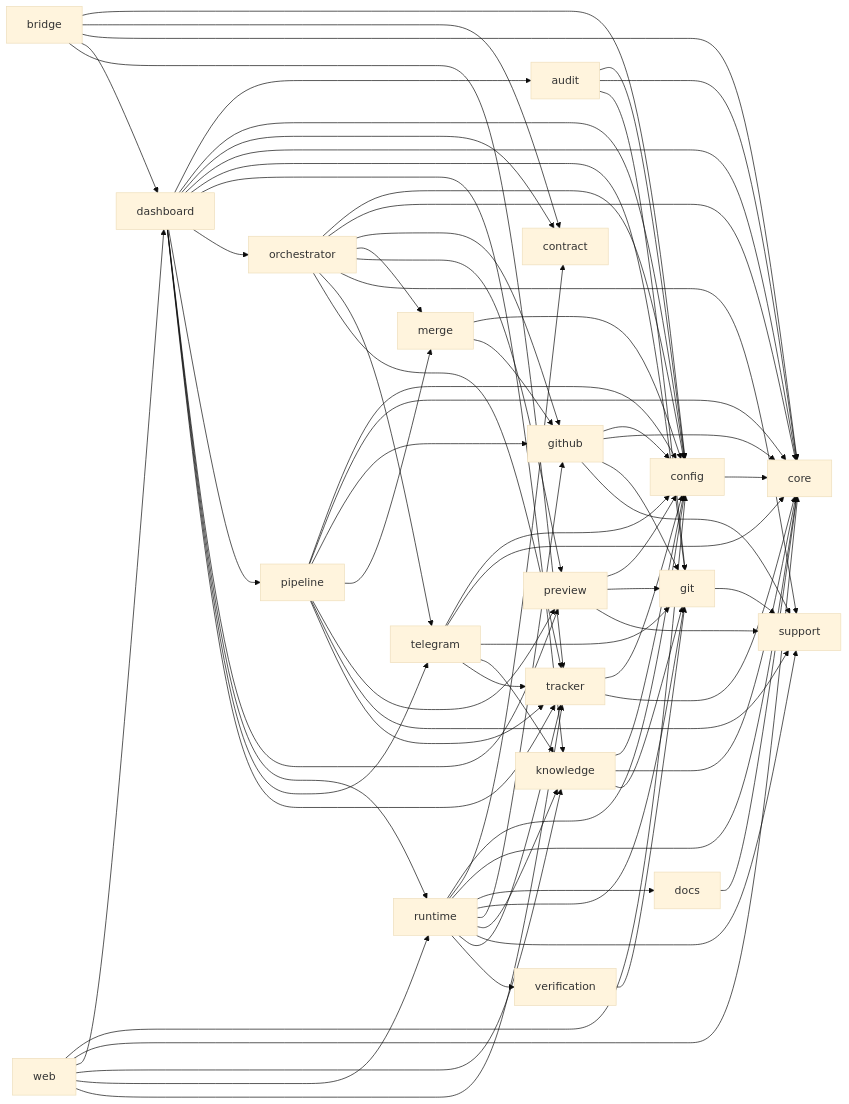
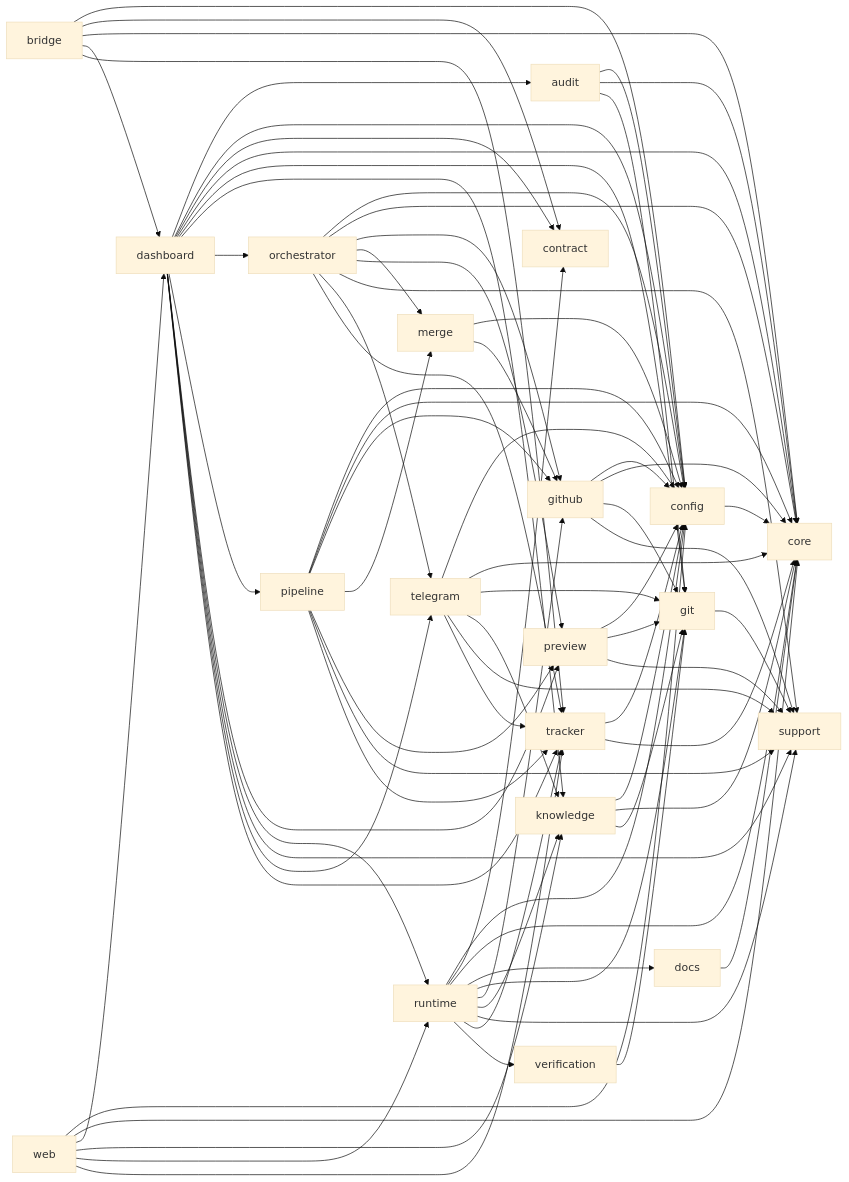
The diagram in docs/technical/module-dependencies.md (robbertvdzon/software-factory), drawn with Mermaid (base theme) before and after one commit. The commit also changed other lines of this file and 3 other files, not shown here.

```diff
--- a/docs/technical/module-dependencies.md
+++ b/docs/technical/module-dependencies.md
@@ -70,6 +70,7 @@
     dashboard --> pipeline
     dashboard --> preview
     dashboard --> runtime
+    dashboard --> support
     dashboard --> telegram
     dashboard --> tracker
     docs --> core
@@ -115,6 +116,7 @@
     telegram --> core
     telegram --> git
     telegram --> knowledge
+    telegram --> support
     telegram --> tracker
     tracker --> config
     tracker --> core
```
